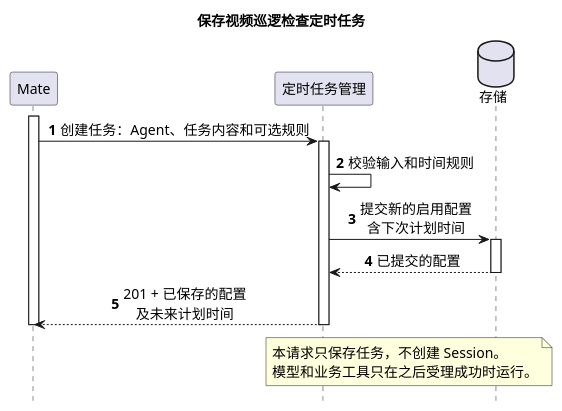
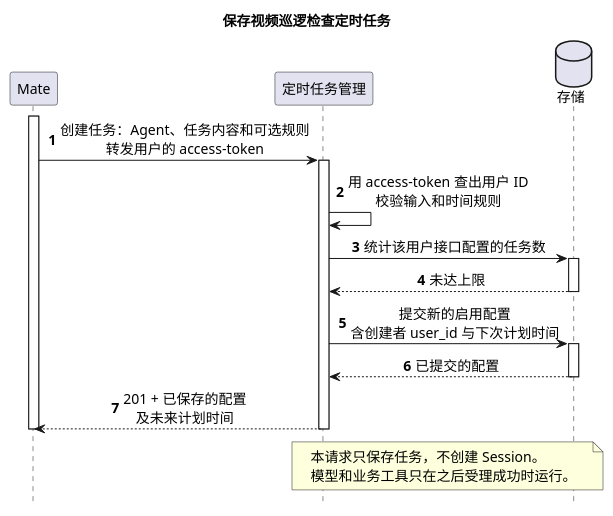
One commit to ssm0808/pi-mono-java-design changed the third of 8 diagrams in 01-总体架构/08-CampusClaw定时任务/diagram.puml. Above: the diagram before and after it, drawn with PlantUML. The commit also changed other lines of this file and 32 other files, not shown here.

First line of the commit message:
定时任务：去掉 Mate t_schedule，任务归属只在 Claw user_id

```diff
--- a/01-总体架构/08-CampusClaw定时任务/diagram.puml
+++ b/01-总体架构/08-CampusClaw定时任务/diagram.puml
@@ -214,30 +214,32 @@
 @startuml schedule_configuration_save
 ' Java 基线：553dcd5e2ff682f9684810a043b442b37a02e54a；2026-10-08 拉取 main（未变化）。
 ' 源码：modules/cron/src/main/java/com/campusclaw/cron/store/CronStore.java saveUnsafe（旧文件持久化）。
 ' 源码：modules/coding-agent-cli/src/main/java/com/campusclaw/codingagent/runtime/AgentRuntimeManager.java prepare（不是只读管理检查）。
-' 表达方式：Mate 发起请求并提供授权；定时任务管理校验并保存；存储提交。
+' 表达方式：Mate 发起请求并转发用户的 access-token；定时任务管理查出用户、检查配额、校验并保存；存储提交。
 ' 设计原因：管理检查不准备也不执行 Agent Session。
 ' 目标：待实现；任务内容为纯文本 prompt，不保存凭据引用。
 ' 表达方式：只画正常流程；失败与恢复规则见 README.md 第 5.2.1 节。
 ' 表示法：同步调用的发起方和接收方都画激活条并配返回，异步启动用开放箭头，外部触发画为来自图外的发现消息。
 title 保存视频巡逻检查定时任务
 hide footbox
 skinparam backgroundColor white
 skinparam defaultFontSize 14
 skinparam sequenceMessageAlign center
 participant "Mate" as Mate
 participant "定时任务管理" as Schedule
 database "存储" as Store
 autonumber
 activate Mate
-Mate -> Schedule ++ : 创建任务：Agent、任务内容和可选规则
-Schedule -> Schedule : 校验输入和时间规则
-Schedule -> Store ++ : 提交新的启用配置\n含下次计划时间
+Mate -> Schedule ++ : 创建任务：Agent、任务内容和可选规则\n转发用户的 access-token
+Schedule -> Schedule : 用 access-token 查出用户 ID\n校验输入和时间规则
+Schedule -> Store ++ : 统计该用户接口配置的任务数
+return 未达上限
+Schedule -> Store ++ : 提交新的启用配置\n含创建者 user_id 与下次计划时间
 return 已提交的配置
 return 201 + 已保存的配置\n及未来计划时间
 deactivate Mate
 note over Schedule, Store
   本请求只保存任务，不创建 Session。
   模型和业务工具只在之后受理成功时运行。
 end note
 @enduml
```
